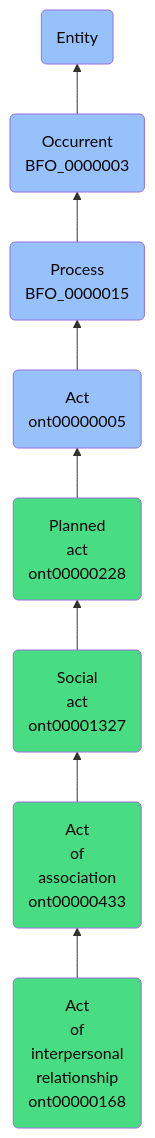
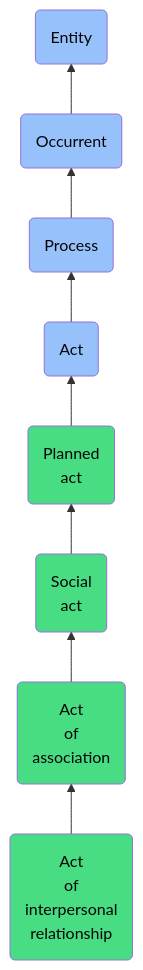
One commit to jupyter-naas/abi changed the diagram in docs/ontology/reference/model/Entity/Occurrent/Process/Act/Planned act/Social act/Act of association/Act of interpersonal relationship/Act of interpersonal relationship.md. Above: the diagram before and after it, drawn with Mermaid. The commit also changed other lines of this file and 1430 other files, not shown here.

````diff
--- a/docs/ontology/reference/model/Entity/Occurrent/Process/Act/Planned act/Social act/Act of association/Act of interpersonal relationship/Act of interpersonal relationship.md
+++ b/docs/ontology/reference/model/Entity/Occurrent/Process/Act/Planned act/Social act/Act of association/Act of interpersonal relationship/Act of interpersonal relationship.md
@@ -24,15 +24,15 @@
 ```mermaid
 graph BT
-    ont00000168(Act<br>of<br>interpersonal<br>relationship<br>ont00000168):::ABI-->ont00000433
-    ont00000433(Act<br>of<br>association<br>ont00000433):::ABI-->ont00001327
-    ont00001327(Social<br>act<br>ont00001327):::ABI-->ont00000228
-    ont00000228(Planned<br>act<br>ont00000228):::ABI-->ont00000005
-    ont00000005(Act<br>ont00000005):::BFO-->BFO_0000015
-    BFO_0000015(Process<br>BFO_0000015):::BFO-->BFO_0000003
-    BFO_0000003(Occurrent<br>BFO_0000003):::BFO-->BFO_0000001
+    ont00000168(Act<br>of<br>interpersonal<br>relationship):::ABI-->ont00000433
+    ont00000433(Act<br>of<br>association):::ABI-->ont00001327
+    ont00001327(Social<br>act):::ABI-->ont00000228
+    ont00000228(Planned<br>act):::ABI-->ont00000005
+    ont00000005(Act):::BFO-->BFO_0000015
+    BFO_0000015(Process):::BFO-->BFO_0000003
+    BFO_0000003(Occurrent):::BFO-->BFO_0000001
     BFO_0000001(Entity):::BFO
     
     classDef BFO fill:#97c1fb,color:#060606
     classDef CCO fill:#e4c51e,color:#060606
     classDef ABI fill:#48DD82,color:#060606
 ```
````
